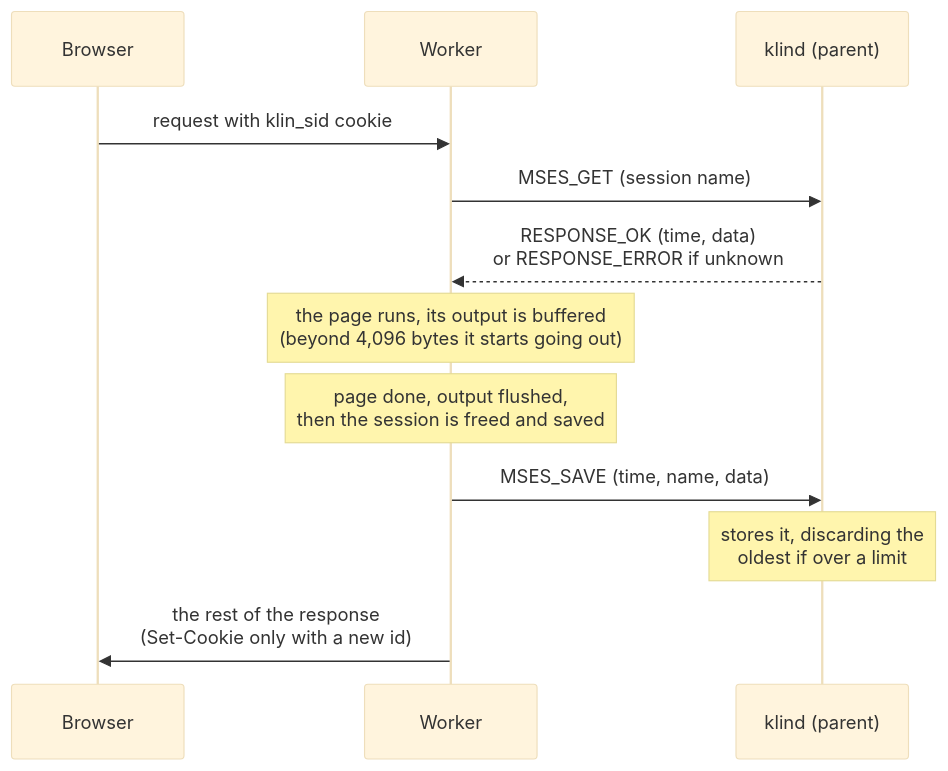
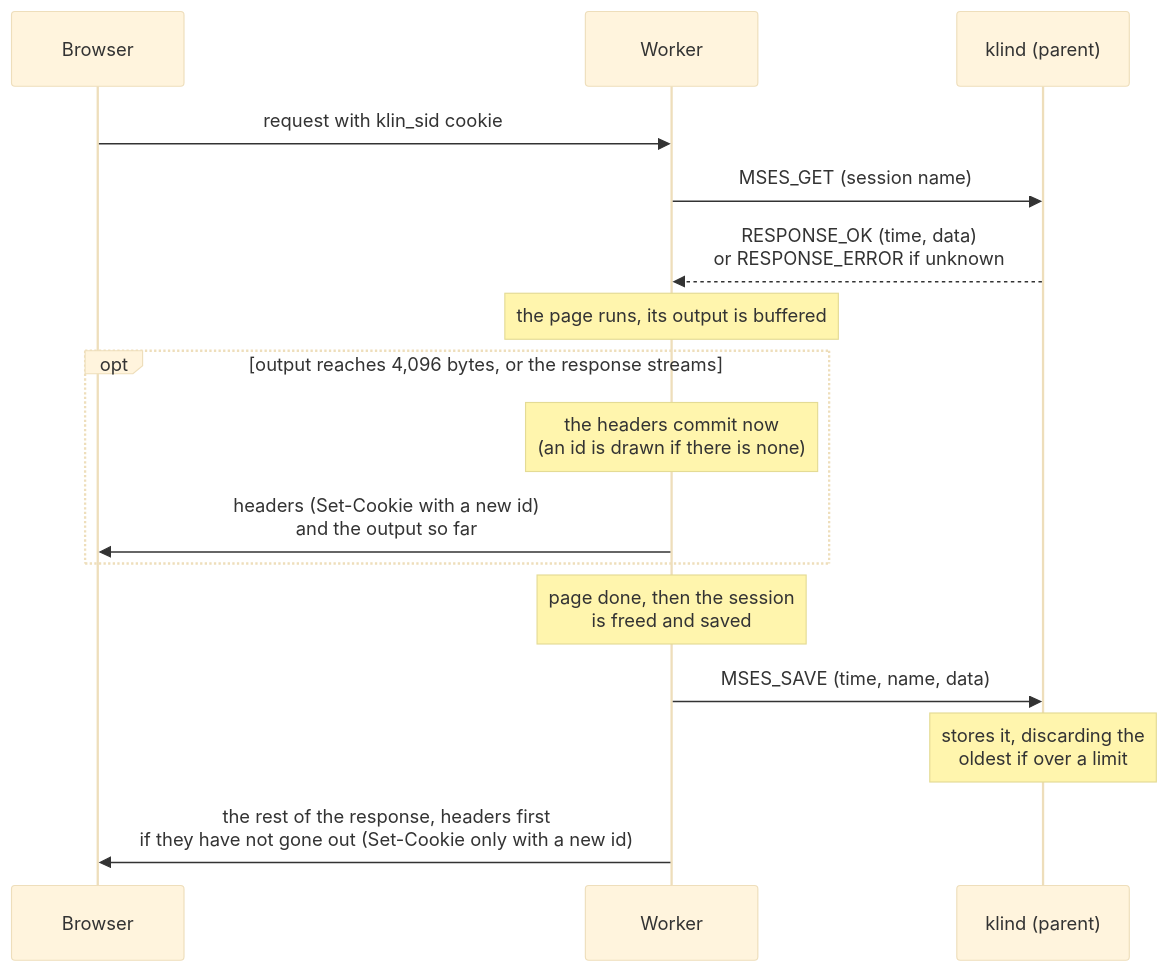
The first of 2 diagrams in doc/SESSIONS.md (DanielTillett/klin), drawn with Mermaid (base theme) before and after one commit. The commit also changed other lines of this file and 20 other files, not shown here.

````diff
--- a/doc/SESSIONS.md
+++ b/doc/SESSIONS.md
@@ -39,14 +39,18 @@
 ```mermaid
 sequenceDiagram
     participant B as Browser
     participant W as Worker
     participant P as klind (parent)
     B->>W: request with klin_sid cookie
     W->>P: MSES_GET (session name)
     P-->>W: RESPONSE_OK (time, data)<br/>or RESPONSE_ERROR if unknown
-    Note over W: the page runs, its output is buffered<br/>(beyond 4,096 bytes it starts going out)
-    Note over W: page done, output flushed,<br/>then the session is freed and saved
+    Note over W: the page runs, its output is buffered
+    opt output reaches 4,096 bytes, or the response streams
+        Note over W: the headers commit now<br/>(an id is drawn if there is none)
+        W->>B: headers (Set-Cookie with a new id)<br/>and the output so far
+    end
+    Note over W: page done, then the session<br/>is freed and saved
     W->>P: MSES_SAVE (time, name, data)
     Note over P: stores it, discarding the<br/>oldest if over a limit
-    W->>B: the rest of the response<br/>(Set-Cookie only with a new id)
+    W->>B: the rest of the response, headers first<br/>if they have not gone out (Set-Cookie only with a new id)
 ```
````
